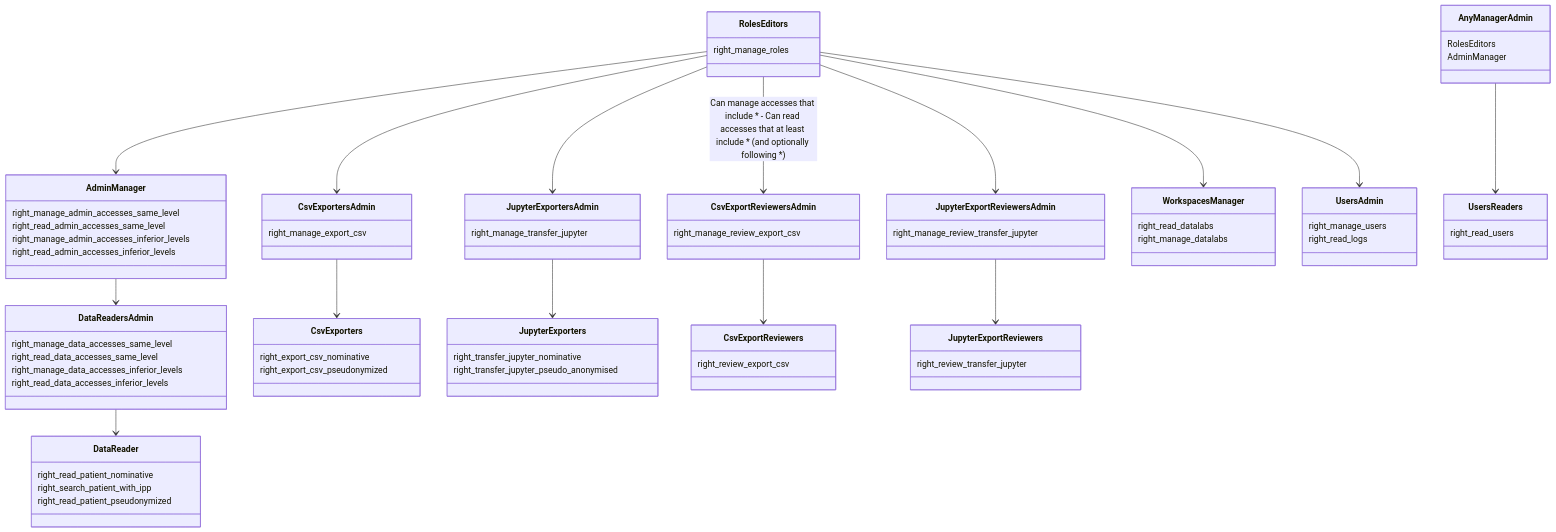
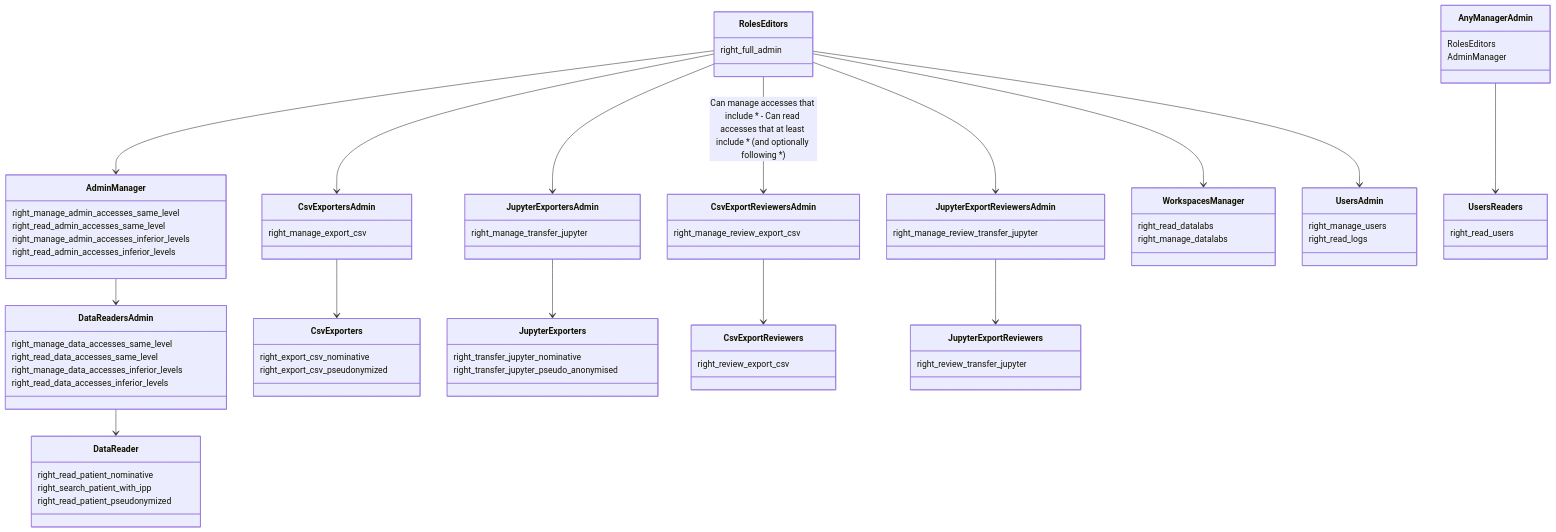
One commit to aphp/Cohort360-Back-end changed the second of 3 diagrams in rules.md. Above: the diagram before and after it, drawn with Mermaid. The commit also changed other lines of this file and 20 other files, not shown here.

Commit message:
refactor: remove rights manage/read roles

````diff
--- a/rules.md
+++ b/rules.md
@@ -27,80 +27,80 @@
 ```mermaid
 classDiagram
 class RolesEditors {
-  right_manage_roles
+  right_full_admin
 }
 class AdminManager {
   right_manage_admin_accesses_same_level
   right_read_admin_accesses_same_level
   right_manage_admin_accesses_inferior_levels
   right_read_admin_accesses_inferior_levels
 }
 class DataReadersAdmin {
   right_manage_data_accesses_same_level
   right_read_data_accesses_same_level
   right_manage_data_accesses_inferior_levels
   right_read_data_accesses_inferior_levels
 }
 class DataReader {
   right_read_patient_nominative
   right_search_patient_with_ipp
   right_read_patient_pseudonymized
 }
 class CsvExportersAdmin {
   right_manage_export_csv
 }
 class JupyterExportersAdmin {
   right_manage_transfer_jupyter
 }
 class CsvExporters {
   right_export_csv_nominative
   right_export_csv_pseudonymized
 }
 class JupyterExporters {
   right_transfer_jupyter_nominative
   right_transfer_jupyter_pseudo_anonymised
 }
 class CsvExportReviewersAdmin {
   right_manage_review_export_csv
 }
 class JupyterExportReviewersAdmin {
   right_manage_review_transfer_jupyter
 }
 class CsvExportReviewers {
   right_review_export_csv
 }
 class JupyterExportReviewers {
   right_review_transfer_jupyter
 }
 class WorkspacesManager {
   right_read_datalabs
   right_manage_datalabs
 }
 class UsersAdmin {
   right_manage_users
   right_read_logs
 }
 RolesEditors --> AdminManager
 RolesEditors --> UsersAdmin
 AdminManager --> DataReadersAdmin
 DataReadersAdmin --> DataReader
 
 RolesEditors --> CsvExportersAdmin
 RolesEditors --> JupyterExportersAdmin
 CsvExportersAdmin --> CsvExporters
 JupyterExportersAdmin --> JupyterExporters
 
 RolesEditors --> CsvExportReviewersAdmin : Can manage accesses that include * - Can read accesses that at least include * (and optionally following *)
 RolesEditors --> JupyterExportReviewersAdmin
 CsvExportReviewersAdmin --> CsvExportReviewers
 JupyterExportReviewersAdmin --> JupyterExportReviewers
 
 RolesEditors --> WorkspacesManager
 
 class AnyManagerAdmin {
   RolesEditors
   AdminManager
 }
 AnyManagerAdmin --> UsersReaders
 UsersReaders : right_read_users
 ```
````
